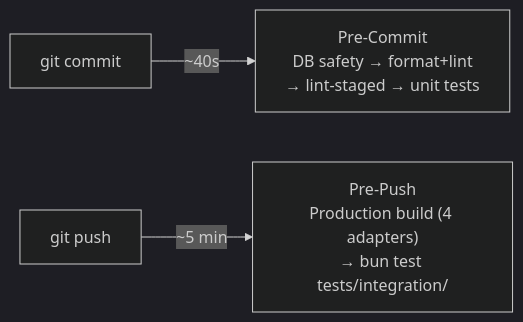
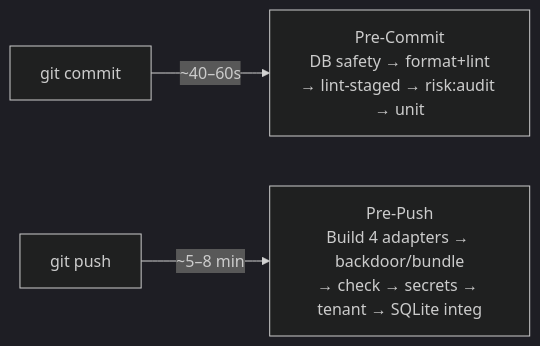
Before and after one commit to SveltyCMS/SveltyCMS: the diagram in docs/tests/git-workflow.mdx, drawn with Mermaid (dark theme). The commit also changed other lines of this file and 100 other files, not shown here.

````diff
--- a/docs/tests/git-workflow.mdx
+++ b/docs/tests/git-workflow.mdx
@@ -175,5 +183,5 @@
 ```mermaid
 flowchart LR
-    A["git commit"] -->|"~40s"| B["Pre-Commit<br/>DB safety → format+lint<br/>→ lint-staged → unit tests"]
-    C["git push"] -->|"~5 min"| D["Pre-Push<br/>Production build (4 adapters)<br/>→ bun test tests/integration/"]
+    A["git commit"] -->|"~40–60s"| B["Pre-Commit<br/>DB safety → format+lint<br/>→ lint-staged → risk:audit → unit"]
+    C["git push"] -->|"~5–8 min"| D["Pre-Push<br/>Build 4 adapters → backdoor/bundle<br/>→ check → secrets → tenant → SQLite integ"]
 ```
````
